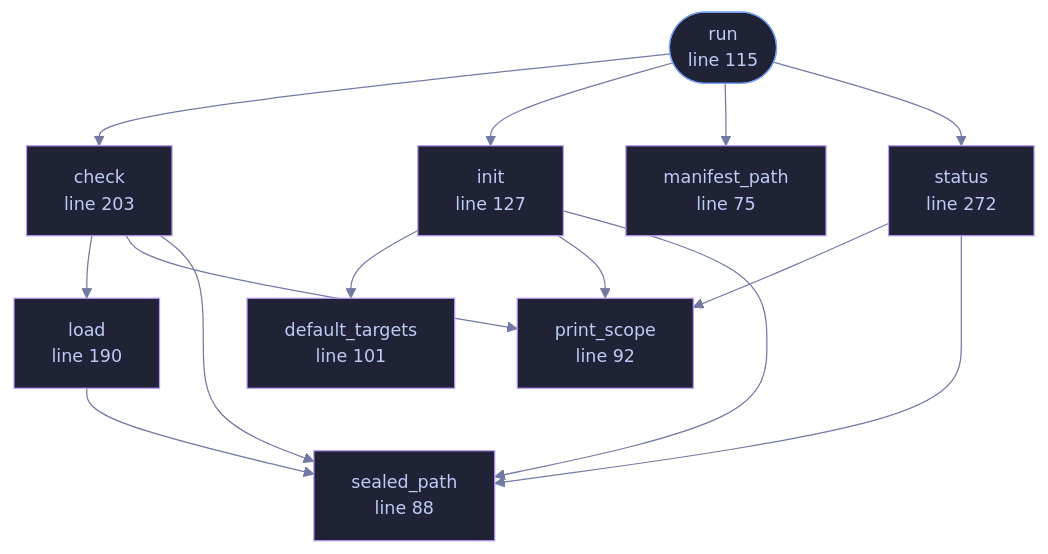
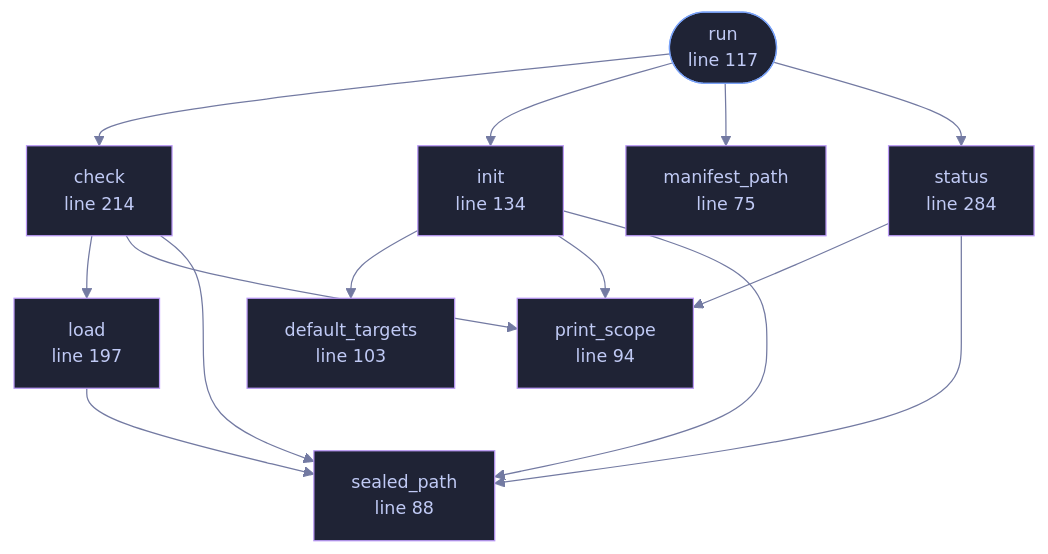
One commit to tilas01/veilvoice changed the diagram in docs/files/veilvoice-cli/guard.md. Above: the diagram before and after it, drawn with Mermaid. The commit also changed other lines of this file and 57 other files, not shown here.

````diff
--- a/docs/files/veilvoice-cli/guard.md
+++ b/docs/files/veilvoice-cli/guard.md
@@ -102,39 +102,39 @@
 ```mermaid
 %%{init: {"theme":"base","themeVariables":{"background":"#1a1b26","primaryColor":"#1f2335","primaryTextColor":"#c0caf5","primaryBorderColor":"#7aa2f7","secondaryColor":"#16161e","tertiaryColor":"#16161e","lineColor":"#737aa2","textColor":"#c0caf5","mainBkg":"#1f2335","nodeBorder":"#7aa2f7","clusterBkg":"#16161e","clusterBorder":"#2f3549","fontFamily":"ui-monospace, SFMono-Regular, Consolas, monospace","fontSize":"14px"}}}%%
 flowchart TD
     n_manifest_path["manifest_path<br/>line 75"]
     n_sealed_path["sealed_path<br/>line 88"]
-    n_print_scope["print_scope<br/>line 92"]
-    n_default_targets["default_targets<br/>line 101"]
-    n_run(["run<br/>line 115"])
-    n_init["init<br/>line 127"]
-    n_load["load<br/>line 190"]
-    n_check["check<br/>line 203"]
-    n_status["status<br/>line 272"]
+    n_print_scope["print_scope<br/>line 94"]
+    n_default_targets["default_targets<br/>line 103"]
+    n_run(["run<br/>line 117"])
+    n_init["init<br/>line 134"]
+    n_load["load<br/>line 197"]
+    n_check["check<br/>line 214"]
+    n_status["status<br/>line 284"]
     n_check --> n_load
     n_check --> n_print_scope
     n_check --> n_sealed_path
     n_init --> n_default_targets
     n_init --> n_print_scope
     n_init --> n_sealed_path
     n_load --> n_sealed_path
     n_run --> n_check
     n_run --> n_init
     n_run --> n_manifest_path
     n_run --> n_status
     n_status --> n_print_scope
     n_status --> n_sealed_path
     click n_manifest_path href "https://github.com/tilas01/veilvoice/blob/main/crates/veilvoice-cli/src/guard.rs#L75" "open the source"
     click n_sealed_path href "https://github.com/tilas01/veilvoice/blob/main/crates/veilvoice-cli/src/guard.rs#L88" "open the source"
-    click n_print_scope href "https://github.com/tilas01/veilvoice/blob/main/crates/veilvoice-cli/src/guard.rs#L92" "open the source"
-    click n_default_targets href "https://github.com/tilas01/veilvoice/blob/main/crates/veilvoice-cli/src/guard.rs#L101" "open the source"
-    click n_run href "https://github.com/tilas01/veilvoice/blob/main/crates/veilvoice-cli/src/guard.rs#L115" "open the source"
-    click n_init href "https://github.com/tilas01/veilvoice/blob/main/crates/veilvoice-cli/src/guard.rs#L127" "open the source"
-    click n_load href "https://github.com/tilas01/veilvoice/blob/main/crates/veilvoice-cli/src/guard.rs#L190" "open the source"
-    click n_check href "https://github.com/tilas01/veilvoice/blob/main/crates/veilvoice-cli/src/guard.rs#L203" "open the source"
-    click n_status href "https://github.com/tilas01/veilvoice/blob/main/crates/veilvoice-cli/src/guard.rs#L272" "open the source"
+    click n_print_scope href "https://github.com/tilas01/veilvoice/blob/main/crates/veilvoice-cli/src/guard.rs#L94" "open the source"
+    click n_default_targets href "https://github.com/tilas01/veilvoice/blob/main/crates/veilvoice-cli/src/guard.rs#L103" "open the source"
+    click n_run href "https://github.com/tilas01/veilvoice/blob/main/crates/veilvoice-cli/src/guard.rs#L117" "open the source"
+    click n_init href "https://github.com/tilas01/veilvoice/blob/main/crates/veilvoice-cli/src/guard.rs#L134" "open the source"
+    click n_load href "https://github.com/tilas01/veilvoice/blob/main/crates/veilvoice-cli/src/guard.rs#L197" "open the source"
+    click n_check href "https://github.com/tilas01/veilvoice/blob/main/crates/veilvoice-cli/src/guard.rs#L214" "open the source"
+    click n_status href "https://github.com/tilas01/veilvoice/blob/main/crates/veilvoice-cli/src/guard.rs#L284" "open the source"
     classDef entry fill:#1f2335,stroke:#7aa2f7,color:#c0caf5
     class n_run entry
     classDef helper fill:#1f2335,stroke:#bb9af7,color:#c0caf5
     class n_manifest_path,n_sealed_path,n_print_scope,n_default_targets,n_init,n_load,n_check,n_status helper
 ```
````
